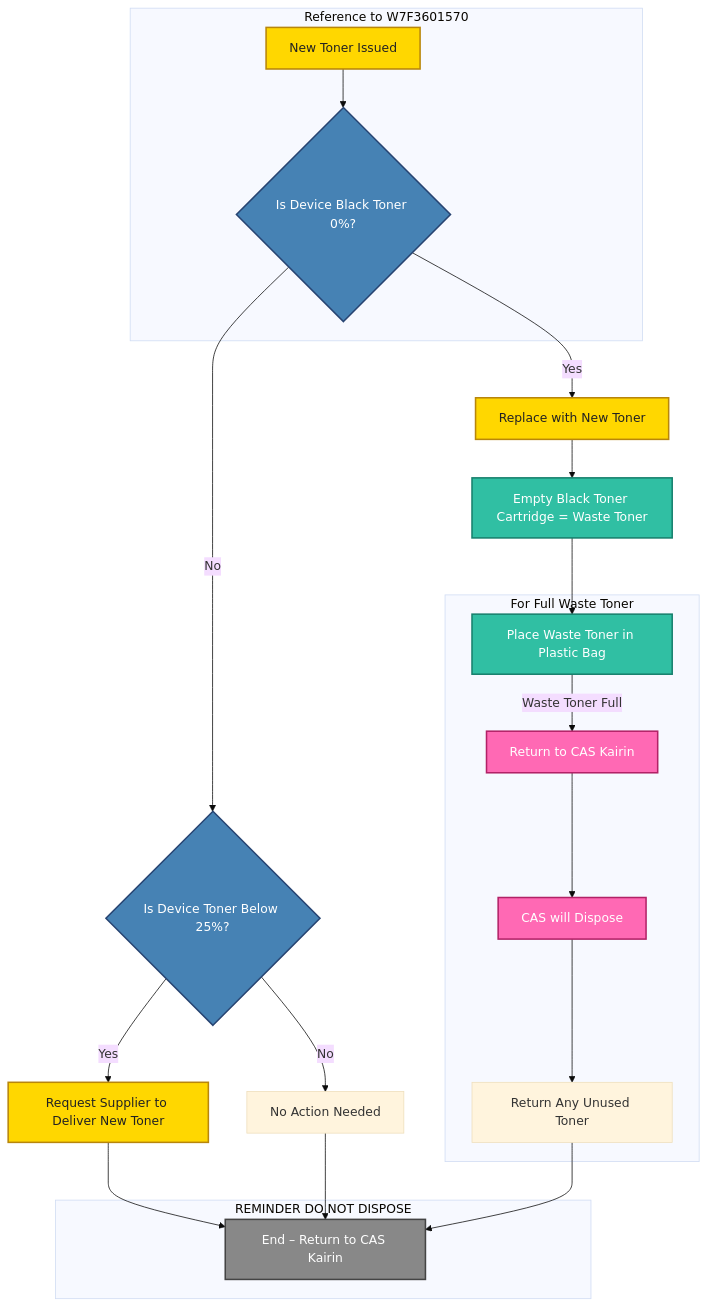
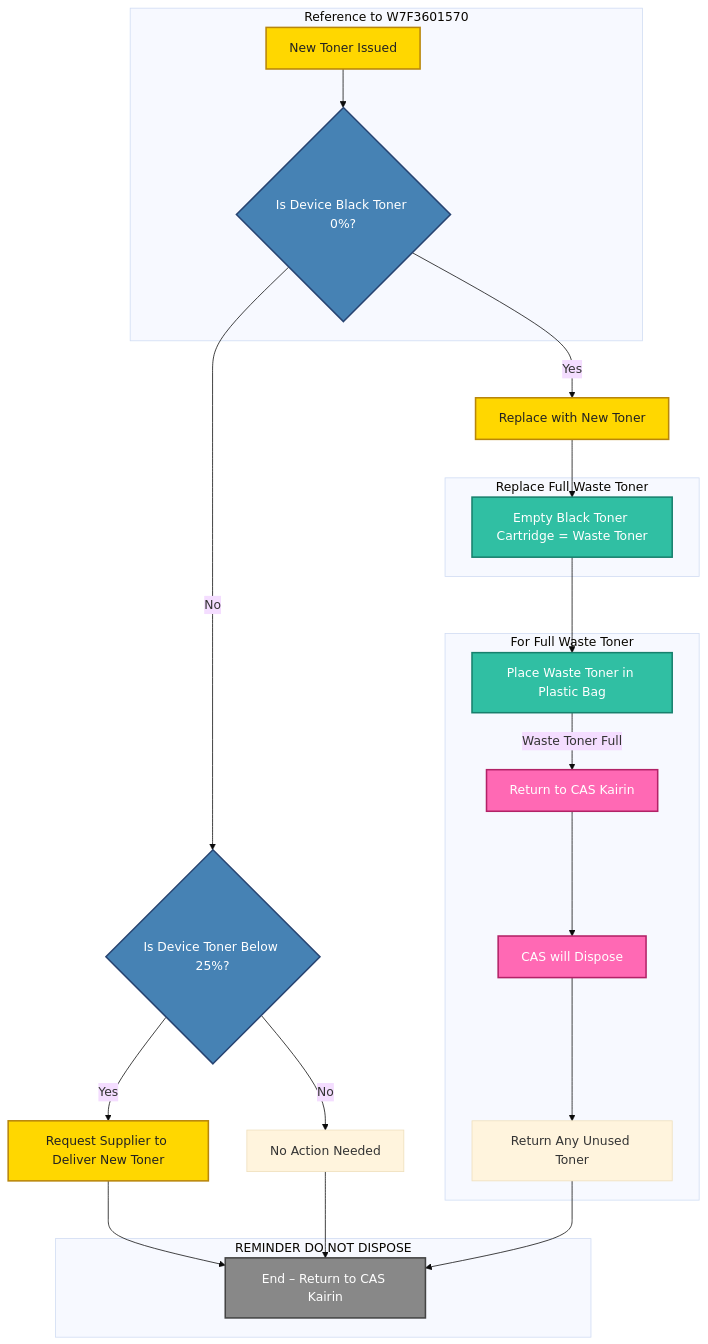
One commit to kairin/mermaid changed the diagram in CAS/Kyocera/disposal2.md. Above: the diagram before and after it, drawn with Mermaid (base theme).

````diff
--- a/CAS/Kyocera/disposal2.md
+++ b/CAS/Kyocera/disposal2.md
@@ -1,48 +1,49 @@
 ```mermaid
 
 graph TD
     A[New Toner Issued] --> B{Is Device Black Toner 0%?}
     B -- Yes --> C[Replace with New Toner]
     C --> D[Empty Black Toner Cartridge = Waste Toner]
     D --> E[Place Waste Toner in Plastic Bag]
     B -- No --> L{Is Device Toner Below 25%?}
     L -- Yes --> M[Request Supplier to Deliver New Toner]
     M --> K[End – Return to CAS Kairin]
     L -- No --> J[No Action Needed]
     J --> K
     E -- Waste Toner Full --> G[Return to CAS Kairin]
     G --> H[CAS will Dispose]
     H --> I[Return Any Unused Toner]
     I --> K
 
     subgraph "Reference to W7F3601570"
         A
         B
     end
+    subgraph "Replace Full Waste Toner"
+    D
+    end
     subgraph "For Full Waste Toner"
         E
         G
         H
         I
     end
     subgraph "REMINDER DO NOT DISPOSE"
         K
     end
-
-
 
     %% Improved Class Definitions for Styling
     classDef important fill:#FFD700,stroke:#B8860B,stroke-width:2px,color:#222
     classDef decision fill:#4682B4,stroke:#274472,stroke-width:2px,color:#fff
     classDef process fill:#30bfa3,stroke:#17806D,stroke-width:2px,color:#fff
     classDef disposal fill:#FF69B4,stroke:#B22267,stroke-width:2px,color:#fff
     classDef endNode fill:#888888,stroke:#444444,stroke-width:2px,color:#fff
 
     %% Applying Classes to Nodes
     class A,C,M important
     class B,L decision
     class D,E process
     class G,H disposal
     class K endNode
 
 ```
````
